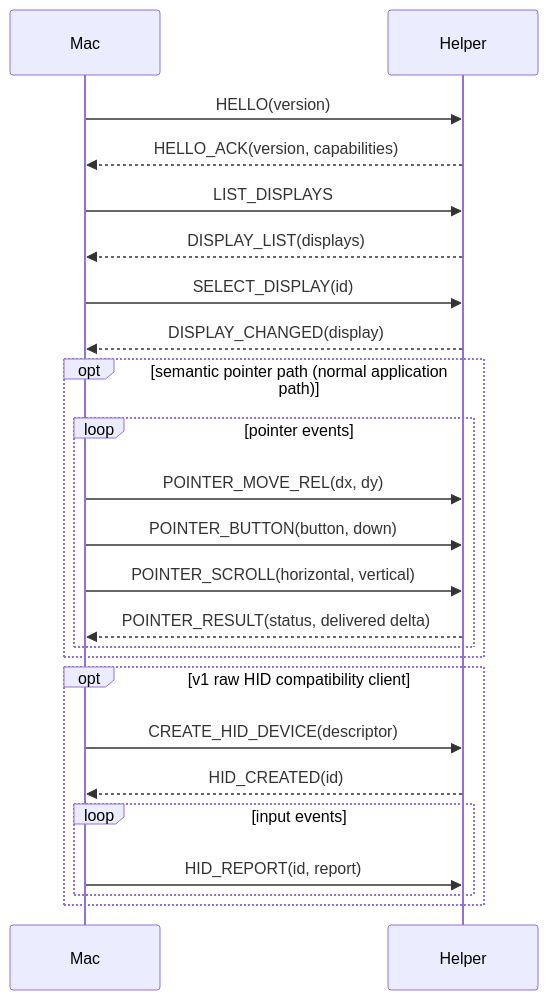
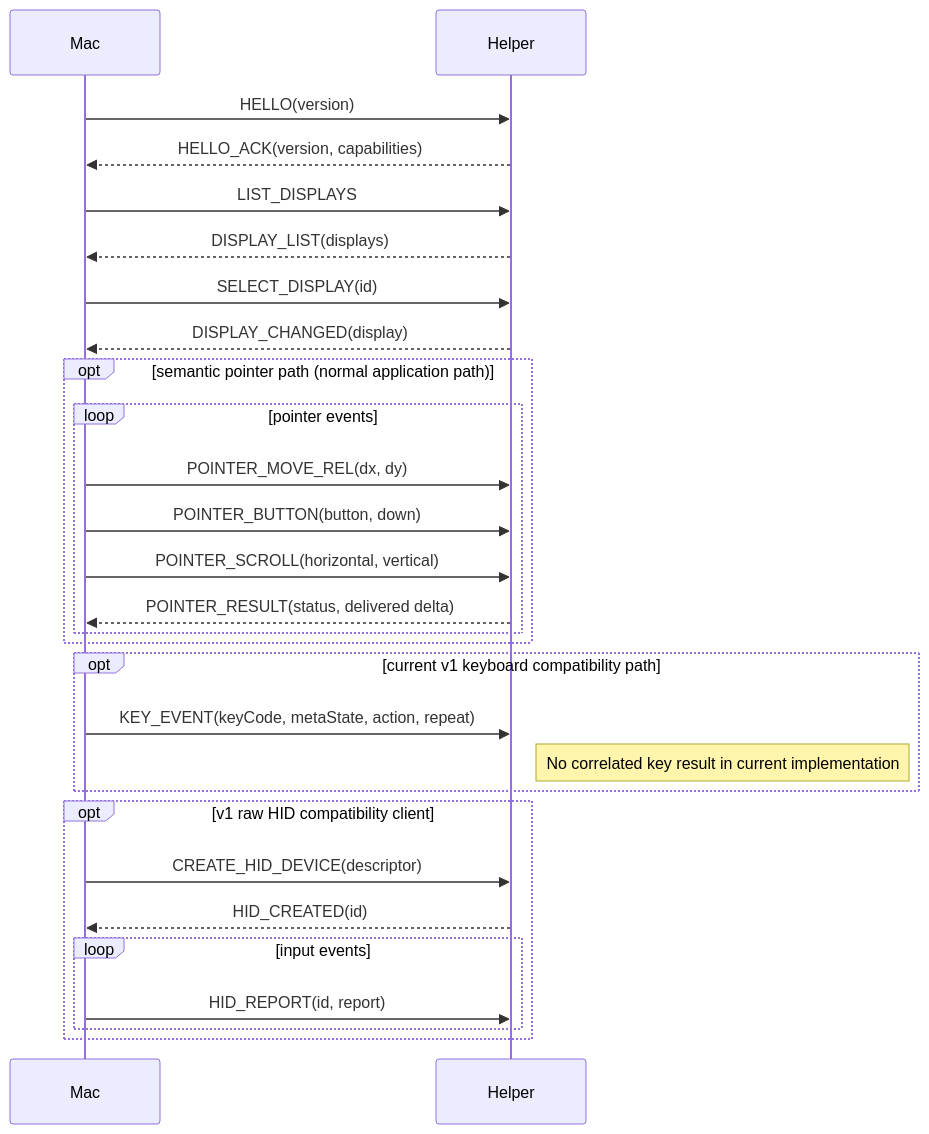
The diagram in protocol/protocol.md (luceat-lux-vestra/crossinput), drawn with Mermaid before and after one commit. The commit also changed other lines of this file and 10 other files, not shown here.

First line of the commit message:
design(architecture): define Leap ownership and concurrency model (#140)

````diff
--- a/protocol/protocol.md
+++ b/protocol/protocol.md
@@ -210,26 +252,30 @@
 ```mermaid
 sequenceDiagram
     participant Mac
     participant Helper
     Mac->>Helper: HELLO(version)
     Helper-->>Mac: HELLO_ACK(version, capabilities)
     Mac->>Helper: LIST_DISPLAYS
     Helper-->>Mac: DISPLAY_LIST(displays)
     Mac->>Helper: SELECT_DISPLAY(id)
     Helper-->>Mac: DISPLAY_CHANGED(display)
     opt semantic pointer path (normal application path)
         loop pointer events
             Mac->>Helper: POINTER_MOVE_REL(dx, dy)
             Mac->>Helper: POINTER_BUTTON(button, down)
             Mac->>Helper: POINTER_SCROLL(horizontal, vertical)
             Helper-->>Mac: POINTER_RESULT(status, delivered delta)
         end
     end
+    opt current v1 keyboard compatibility path
+        Mac->>Helper: KEY_EVENT(keyCode, metaState, action, repeat)
+        Note right of Helper: No correlated key result in current implementation
+    end
     opt v1 raw HID compatibility client
         Mac->>Helper: CREATE_HID_DEVICE(descriptor)
         Helper-->>Mac: HID_CREATED(id)
         loop input events
             Mac->>Helper: HID_REPORT(id, report)
         end
     end
 ```
````
